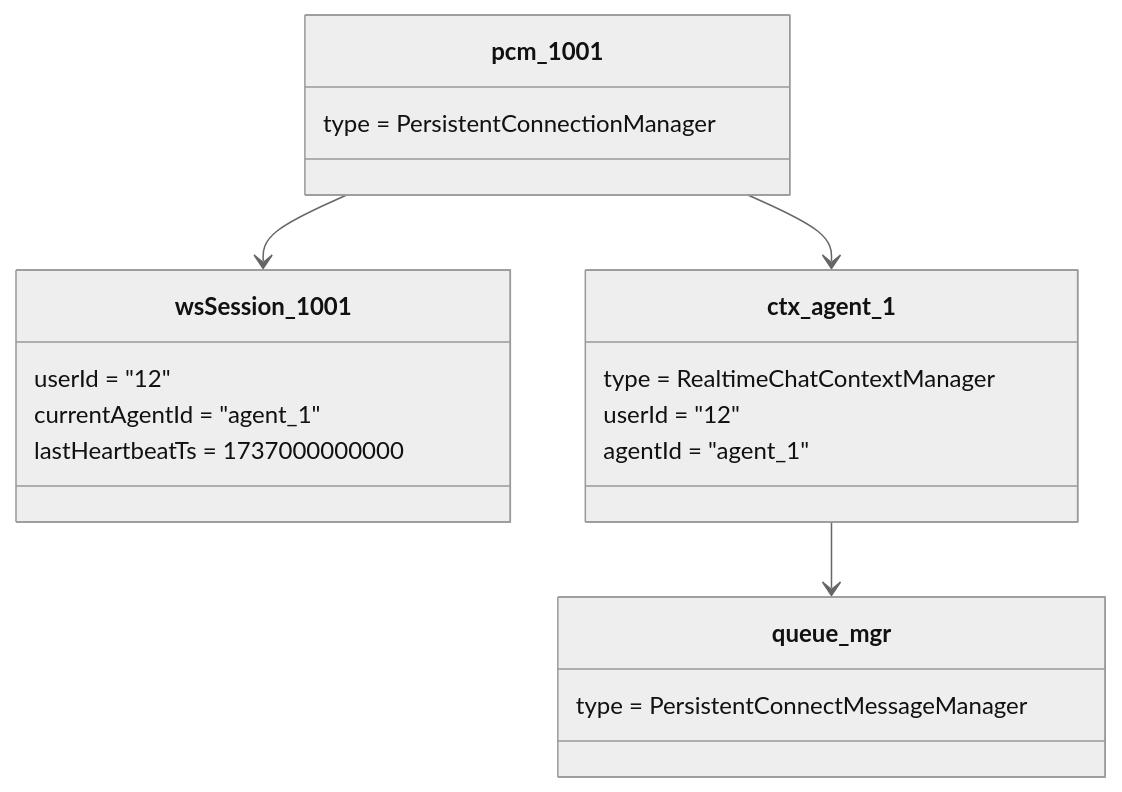
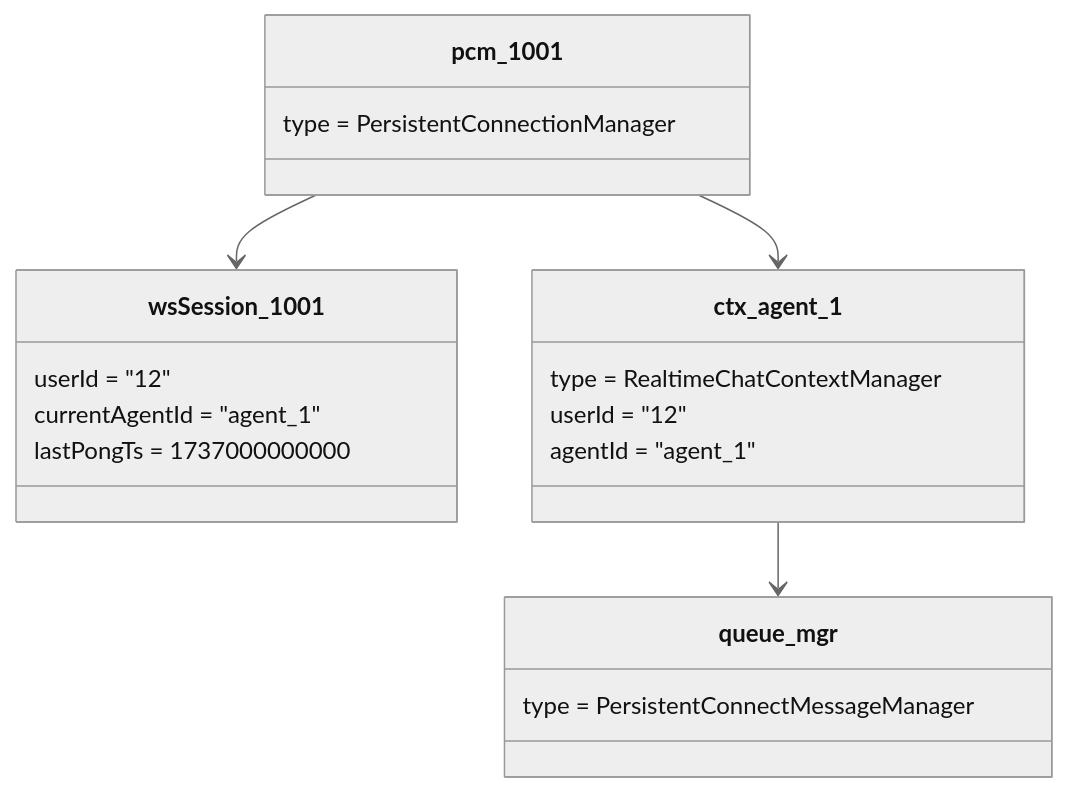
Before and after one commit to nangong918/magic-vector: diagram 14 of 21 in springboot/docs/SpringBootDesignDocument.md, drawn with Mermaid (neutral theme). The commit also changed other lines of this file and 13 other files, not shown here.

Commit message:
cursor: 实现RealTimeChatController设计图绘制

````diff
--- a/springboot/docs/SpringBootDesignDocument.md
+++ b/springboot/docs/SpringBootDesignDocument.md
@@ -322,23 +322,23 @@
 ```mermaid
 classDiagram
     class wsSession_1001 {
       userId = "12"
       currentAgentId = "agent_1"
-      lastHeartbeatTs = 1737000000000
+      lastPongTs = 1737000000000
     }
     class pcm_1001 {
       type = PersistentConnectionManager
     }
     class ctx_agent_1 {
       type = RealtimeChatContextManager
       userId = "12"
       agentId = "agent_1"
     }
     class queue_mgr {
       type = PersistentConnectMessageManager
     }
 
     pcm_1001 --> wsSession_1001
     pcm_1001 --> ctx_agent_1
     ctx_agent_1 --> queue_mgr
 ```
````
